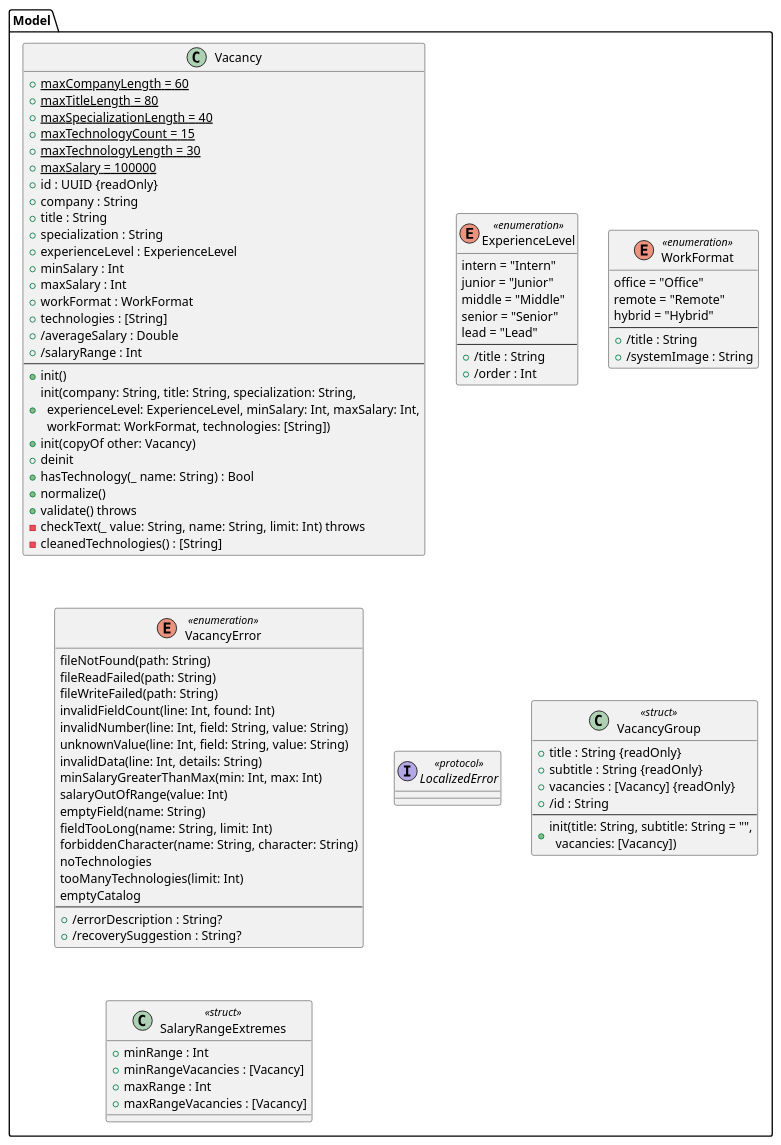
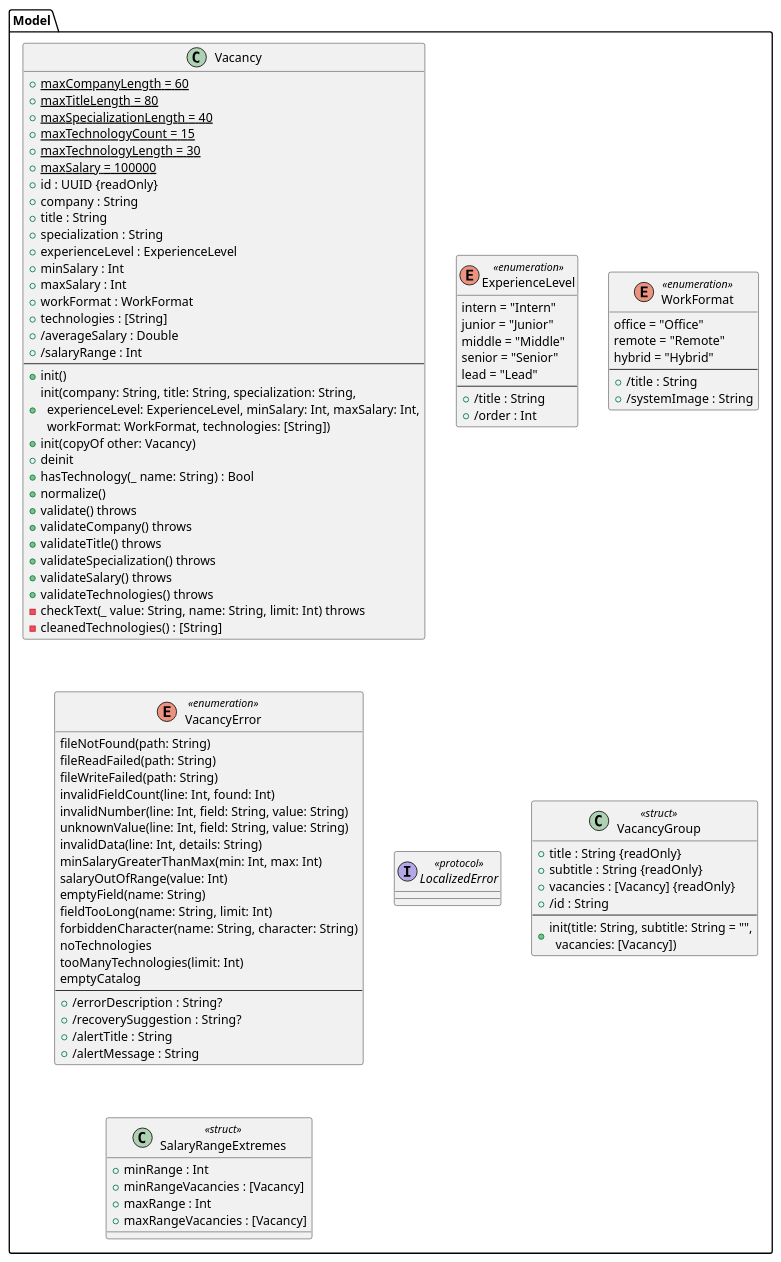
The diagram in docs/uml/2-classes/types/model.iuml (goosedum/kursova-1), drawn with PlantUML before and after one commit. The commit also changed 13 other files, not shown here.

```diff
--- a/docs/uml/2-classes/types/model.iuml
+++ b/docs/uml/2-classes/types/model.iuml
@@ -1,85 +1,92 @@
 ' Шар Model — дані. Підключається з діаграм у docs/uml/2-classes (крок 3.2). Джерело — .claude/plan/02-architecture.md §3.
 package "Model" {
   class Vacancy {
     + {static} maxCompanyLength = 60
     + {static} maxTitleLength = 80
     + {static} maxSpecializationLength = 40
     + {static} maxTechnologyCount = 15
     + {static} maxTechnologyLength = 30
     + {static} maxSalary = 100000
     + id : UUID {readOnly}
     + company : String
     + title : String
     + specialization : String
     + experienceLevel : ExperienceLevel
     + minSalary : Int
     + maxSalary : Int
     + workFormat : WorkFormat
     + technologies : [String]
     + /averageSalary : Double
     + /salaryRange : Int
     --
     + init()
     + init(company: String, title: String, specialization: String,\n  experienceLevel: ExperienceLevel, minSalary: Int, maxSalary: Int,\n  workFormat: WorkFormat, technologies: [String])
     + init(copyOf other: Vacancy)
     + deinit
     + hasTechnology(_ name: String) : Bool
     + normalize()
     + validate() throws
+    + validateCompany() throws
+    + validateTitle() throws
+    + validateSpecialization() throws
+    + validateSalary() throws
+    + validateTechnologies() throws
     - checkText(_ value: String, name: String, limit: Int) throws
     - cleanedTechnologies() : [String]
   }
   enum ExperienceLevel <<enumeration>> {
     intern = "Intern"
     junior = "Junior"
     middle = "Middle"
     senior = "Senior"
     lead = "Lead"
     --
     + /title : String
     + /order : Int
   }
   enum WorkFormat <<enumeration>> {
     office = "Office"
     remote = "Remote"
     hybrid = "Hybrid"
     --
     + /title : String
     + /systemImage : String
   }
   enum VacancyError <<enumeration>> {
     fileNotFound(path: String)
     fileReadFailed(path: String)
     fileWriteFailed(path: String)
     invalidFieldCount(line: Int, found: Int)
     invalidNumber(line: Int, field: String, value: String)
     unknownValue(line: Int, field: String, value: String)
     invalidData(line: Int, details: String)
     minSalaryGreaterThanMax(min: Int, max: Int)
     salaryOutOfRange(value: Int)
     emptyField(name: String)
     fieldTooLong(name: String, limit: Int)
     forbiddenCharacter(name: String, character: String)
     noTechnologies
     tooManyTechnologies(limit: Int)
     emptyCatalog
     --
     + /errorDescription : String?
     + /recoverySuggestion : String?
+    + /alertTitle : String
+    + /alertMessage : String
   }
   interface LocalizedError <<protocol>>
   class VacancyGroup <<struct>> {
     + title : String {readOnly}
     + subtitle : String {readOnly}
     + vacancies : [Vacancy] {readOnly}
     + /id : String
     --
     + init(title: String, subtitle: String = "",\n  vacancies: [Vacancy])
   }
   class SalaryRangeExtremes <<struct>> {
     + minRange : Int
     + minRangeVacancies : [Vacancy]
     + maxRange : Int
     + maxRangeVacancies : [Vacancy]
   }
 }
```
